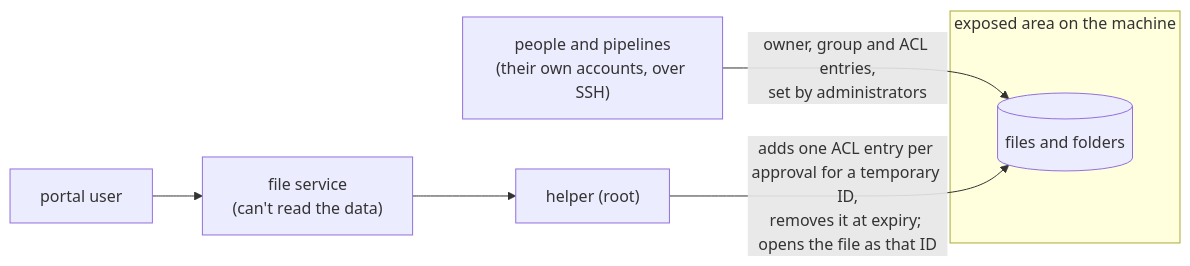
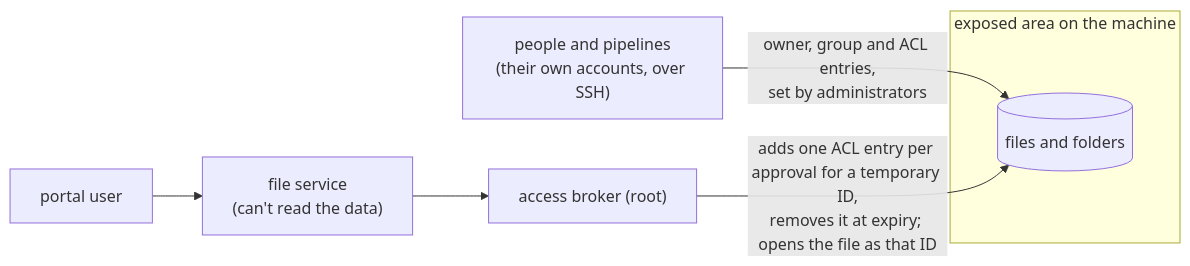
Before and after one commit to pmahon3/Data-Portal: the diagram in docs/diagrams/posix-direct-access.md, drawn with Mermaid. The commit also changed other lines of this file and 30 other files, not shown here.

First line of the commit message:
refactor(posix): name the modes for who reads the files; the helper is the access broker

````diff
--- a/docs/diagrams/posix-direct-access.md
+++ b/docs/diagrams/posix-direct-access.md
@@ -9,10 +9,10 @@
 ```mermaid
 flowchart LR
     people["people and pipelines<br/>(their own accounts, over SSH)"]
-    user["portal user"] --> service["file service<br/>(can't read the data)"] --> helper["helper (root)"]
+    user["portal user"] --> service["file service<br/>(can't read the data)"] --> broker["access broker (root)"]
     subgraph area["exposed area on the machine"]
         files[("files and folders")]
     end
     people -- "owner, group and ACL entries,<br/>set by administrators" --> files
-    helper -- "adds one ACL entry per approval for a temporary ID,<br/>removes it at expiry; opens the file as that ID" --> files
+    broker -- "adds one ACL entry per approval for a temporary ID,<br/>removes it at expiry; opens the file as that ID" --> files
 ```
````
